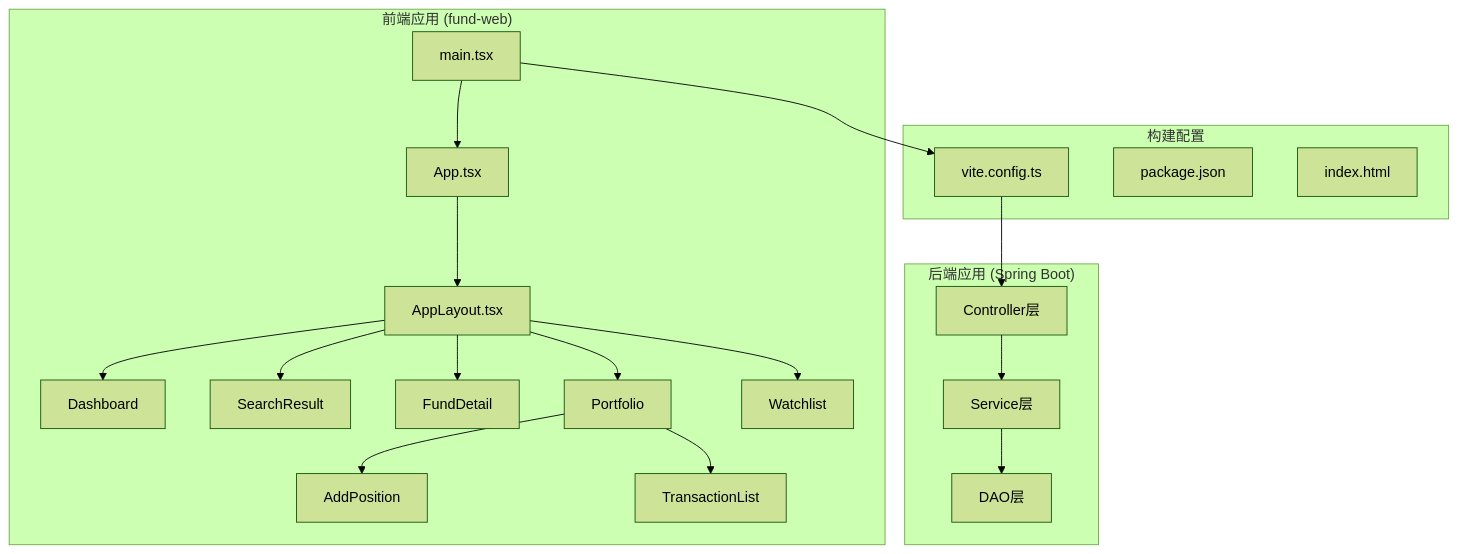
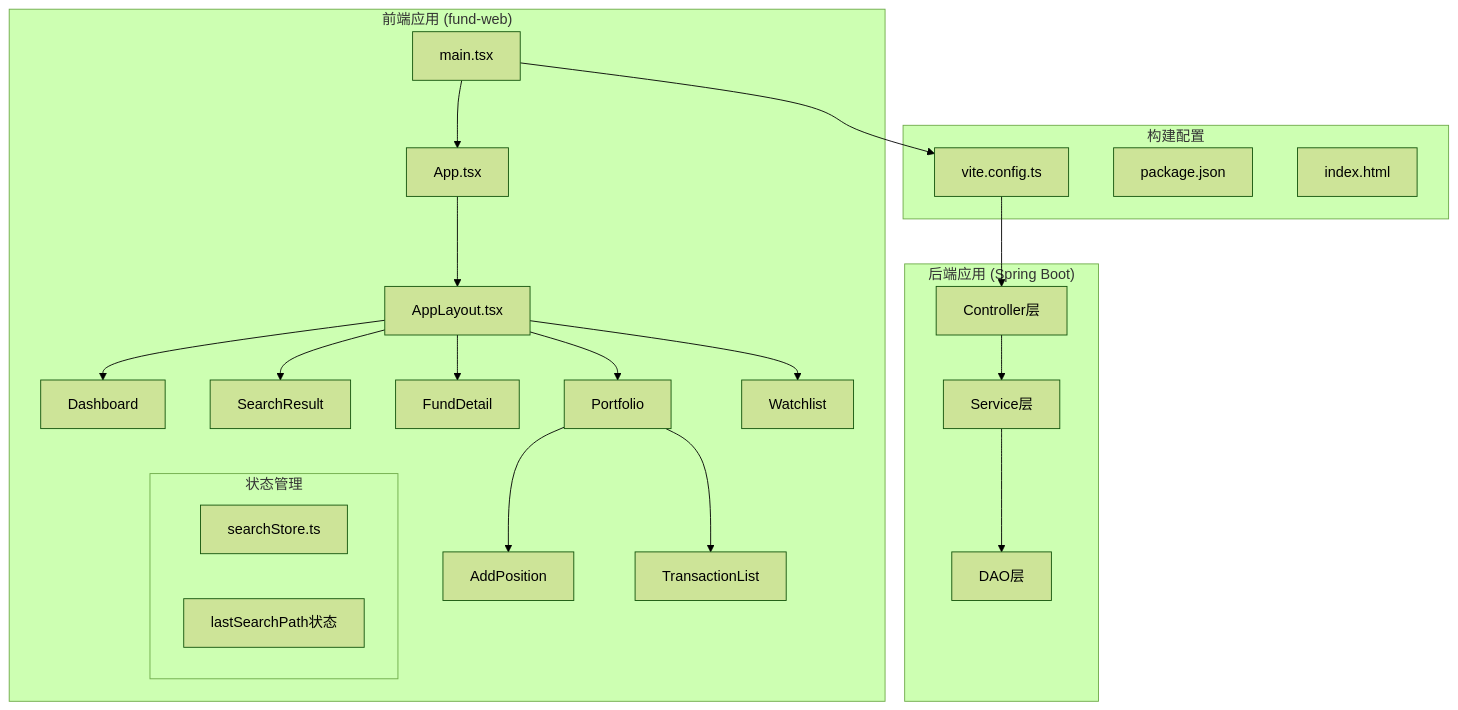
Before and after one commit to gree-coder/fund-butler: the first of 15 diagrams in .qoder/repowiki/zh/content/核心功能开发/SPA路由支持.md, drawn with Mermaid (forest theme). The commit also changed other lines of this file and 12 other files, not shown here.

````diff
--- a/.qoder/repowiki/zh/content/核心功能开发/SPA路由支持.md
+++ b/.qoder/repowiki/zh/content/核心功能开发/SPA路由支持.md
@@ -49,28 +62,32 @@
 ```mermaid
 graph TB
 subgraph "前端应用 (fund-web)"
 A[main.tsx] --> B[App.tsx]
 B --> C[AppLayout.tsx]
 C --> D[Dashboard]
 C --> E[SearchResult]
 C --> F[FundDetail]
 C --> G[Portfolio]
 C --> H[Watchlist]
 G --> I[AddPosition]
 G --> J[TransactionList]
+subgraph "状态管理"
+K[searchStore.ts]
+L[lastSearchPath状态]
+end
 end
 subgraph "后端应用 (Spring Boot)"
-K[Controller层]
-L[Service层]
-M[DAO层]
+M[Controller层]
+N[Service层]
+O[DAO层]
 end
 subgraph "构建配置"
-N[vite.config.ts]
-O[package.json]
-P[index.html]
+P[vite.config.ts]
+Q[package.json]
+R[index.html]
 end
-A --> N
-N --> K
-K --> L
-L --> M
+A --> P
+P --> M
+M --> N
+N --> O
 ```
````
